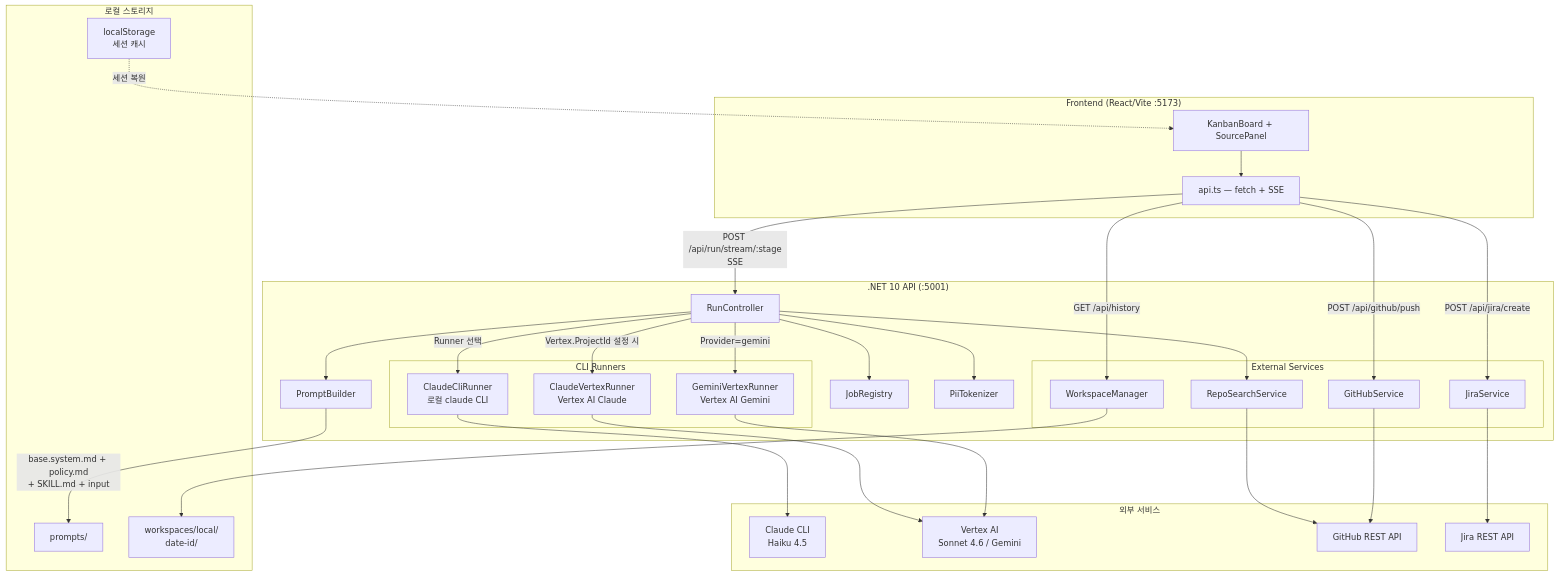
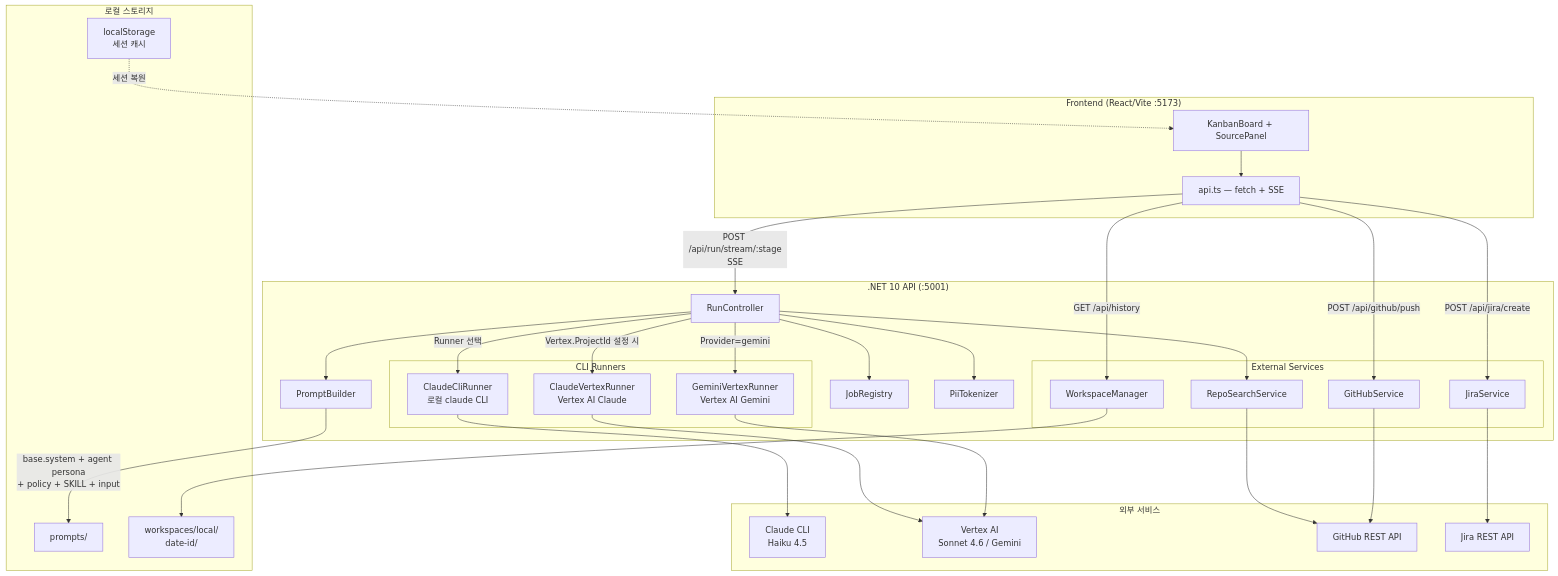
Before and after one commit to jeonreo/ai-spec-pipeline: the first of 7 diagrams in architecture.md, drawn with Mermaid. The commit also changed other lines of this file and 1 other file, not shown here.

First line of the commit message:
docs: README/architecture를 현재 구조에 맞게 갱신 — 에이전트/스킬 분리, code-analysis BE/FE 분리 반영

````diff
--- a/architecture.md
+++ b/architecture.md
@@ -9,67 +9,67 @@
 ```mermaid
 graph TB
     subgraph Frontend["Frontend (React/Vite :5173)"]
         UI[KanbanBoard + SourcePanel]
         API_CLIENT[api.ts — fetch + SSE]
     end
 
     subgraph Backend[".NET 10 API (:5001)"]
         RUN[RunController]
         PB[PromptBuilder]
         JOB[JobRegistry]
         PII[PiiTokenizer]
 
         subgraph Runners["CLI Runners"]
             CLAUDE_CLI[ClaudeCliRunner\n로컬 claude CLI]
             CLAUDE_VTX[ClaudeVertexRunner\nVertex AI Claude]
             GEMINI_VTX[GeminiVertexRunner\nVertex AI Gemini]
         end
 
         subgraph Services["External Services"]
             GH[GitHubService]
             JIRA[JiraService]
             SEARCH[RepoSearchService]
             WS[WorkspaceManager]
         end
     end
 
     subgraph Storage["로컬 스토리지"]
         PROMPTS[prompts/]
         WORKSPACES[workspaces/local/\ndate-id/]
         LS[localStorage\n세션 캐시]
     end
 
     subgraph External["외부 서비스"]
         CLAUDE_API[Claude CLI\nHaiku 4.5]
         VERTEX[Vertex AI\nSonnet 4.6 / Gemini]
         GITHUB[GitHub REST API]
         JIRA_API[Jira REST API]
     end
 
     UI --> API_CLIENT
     API_CLIENT -->|POST /api/run/stream/:stage\nSSE| RUN
     API_CLIENT -->|GET /api/history| WS
     API_CLIENT -->|POST /api/jira/create| JIRA
     API_CLIENT -->|POST /api/github/push| GH
 
     RUN --> PII
     RUN --> PB
     RUN --> JOB
     RUN --> SEARCH
-    PB -->|base.system.md + policy.md\n+ SKILL.md + input| PROMPTS
+    PB -->|base.system + agent persona\n+ policy + SKILL + input| PROMPTS
 
     RUN -->|Runner 선택| CLAUDE_CLI
     RUN -->|Vertex.ProjectId 설정 시| CLAUDE_VTX
     RUN -->|Provider=gemini| GEMINI_VTX
 
     CLAUDE_CLI --> CLAUDE_API
     CLAUDE_VTX --> VERTEX
     GEMINI_VTX --> VERTEX
 
     SEARCH --> GITHUB
     GH --> GITHUB
     JIRA --> JIRA_API
 
     WS --> WORKSPACES
     LS -.->|세션 복원| UI
 ```
````
